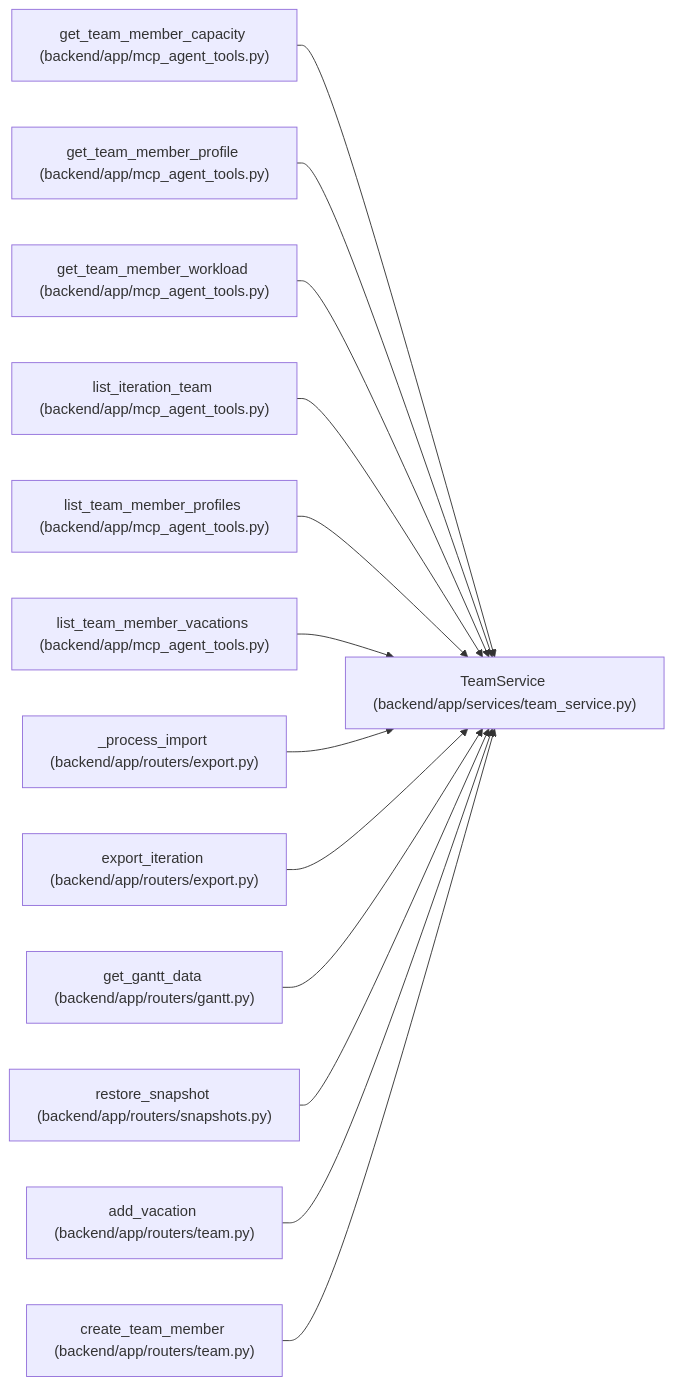
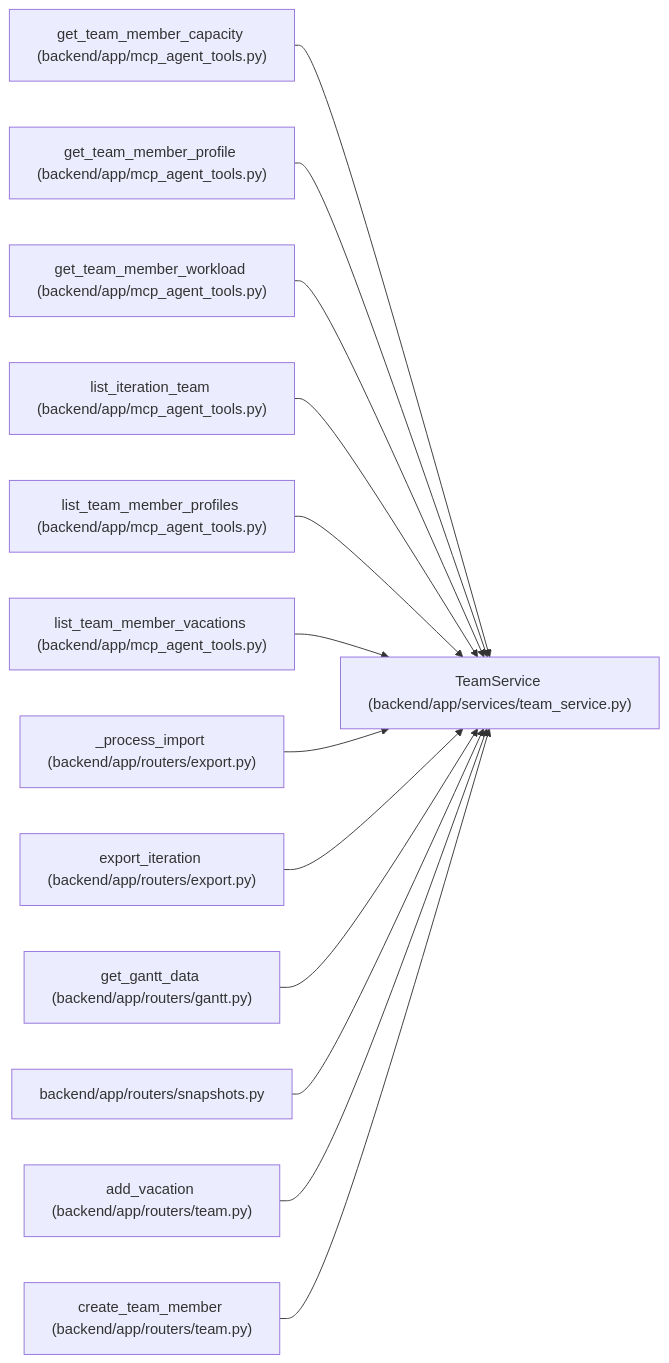
Before and after one commit to Denissvgn/WorkChord: the diagram in docs/llm_wiki/entities/TeamService.md, drawn with Mermaid. The commit also changed other lines of this file and 958 other files, not shown here.

First line of the commit message:
docs(wiki): refresh identity and recovery architecture

````diff
--- a/docs/llm_wiki/entities/TeamService.md
+++ b/docs/llm_wiki/entities/TeamService.md
@@ -53,41 +53,41 @@
 ```mermaid
 flowchart LR
     n0["TeamService (backend/app/services/team_service.py)"]
     n1["get_team_member_capacity (backend/app/mcp_agent_tools.py)"]
     n2["get_team_member_profile (backend/app/mcp_agent_tools.py)"]
     n3["get_team_member_workload (backend/app/mcp_agent_tools.py)"]
     n4["list_iteration_team (backend/app/mcp_agent_tools.py)"]
     n5["list_team_member_profiles (backend/app/mcp_agent_tools.py)"]
     n6["list_team_member_vacations (backend/app/mcp_agent_tools.py)"]
     n7["_process_import (backend/app/routers/export.py)"]
     n8["export_iteration (backend/app/routers/export.py)"]
     n9["get_gantt_data (backend/app/routers/gantt.py)"]
-    n10["restore_snapshot (backend/app/routers/snapshots.py)"]
+    n10["backend/app/routers/snapshots.py"]
     n11["add_vacation (backend/app/routers/team.py)"]
     n12["create_team_member (backend/app/routers/team.py)"]
     n1 --> n0
     n2 --> n0
     n3 --> n0
     n4 --> n0
     n5 --> n0
     n6 --> n0
     n7 --> n0
     n8 --> n0
     n9 --> n0
     n10 --> n0
     n11 --> n0
     n12 --> n0
     click n0 "../modules/team_service.md"
     click n1 "../modules/mcp_agent_tools.md"
     click n2 "../modules/mcp_agent_tools.md"
     click n3 "../modules/mcp_agent_tools.md"
     click n4 "../modules/mcp_agent_tools.md"
     click n5 "../modules/mcp_agent_tools.md"
     click n6 "../modules/mcp_agent_tools.md"
     click n7 "../modules/export.md"
     click n8 "../modules/export.md"
     click n9 "../modules/routers_gantt.md"
     click n10 "../modules/snapshots.md"
     click n11 "../modules/routers_team.md"
     click n12 "../modules/routers_team.md"
 ```
````
